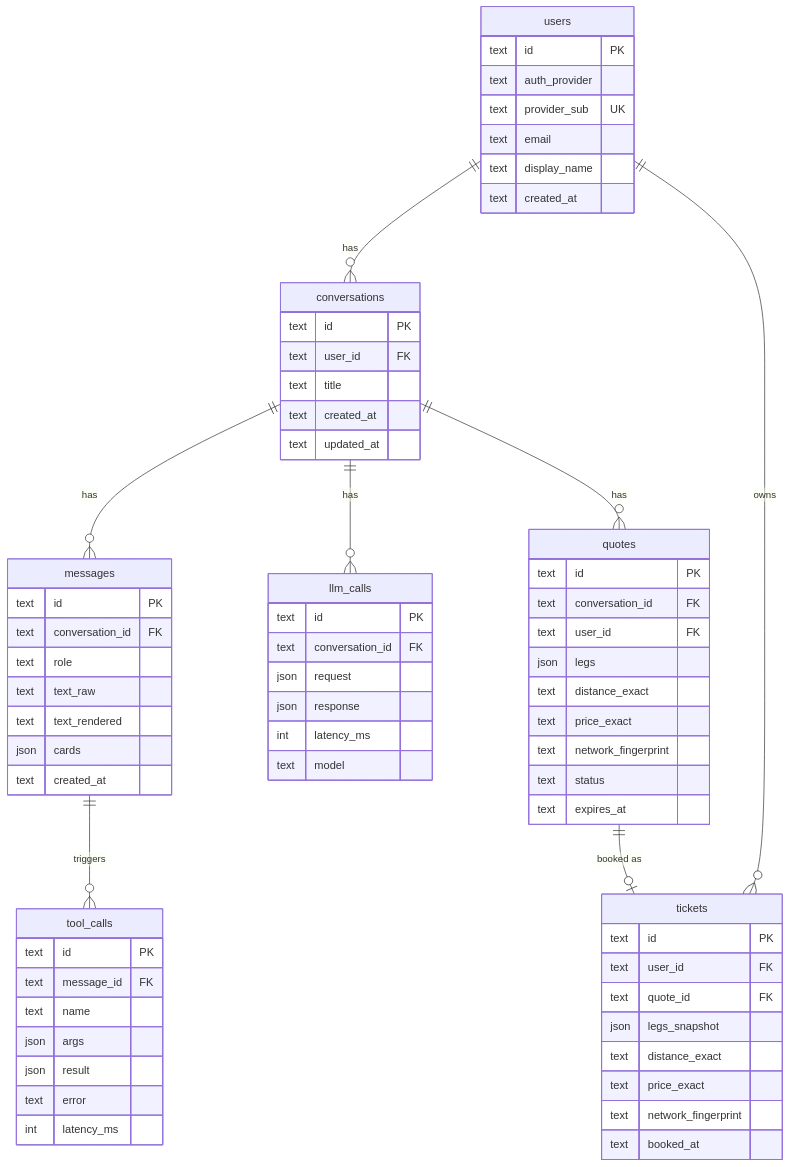
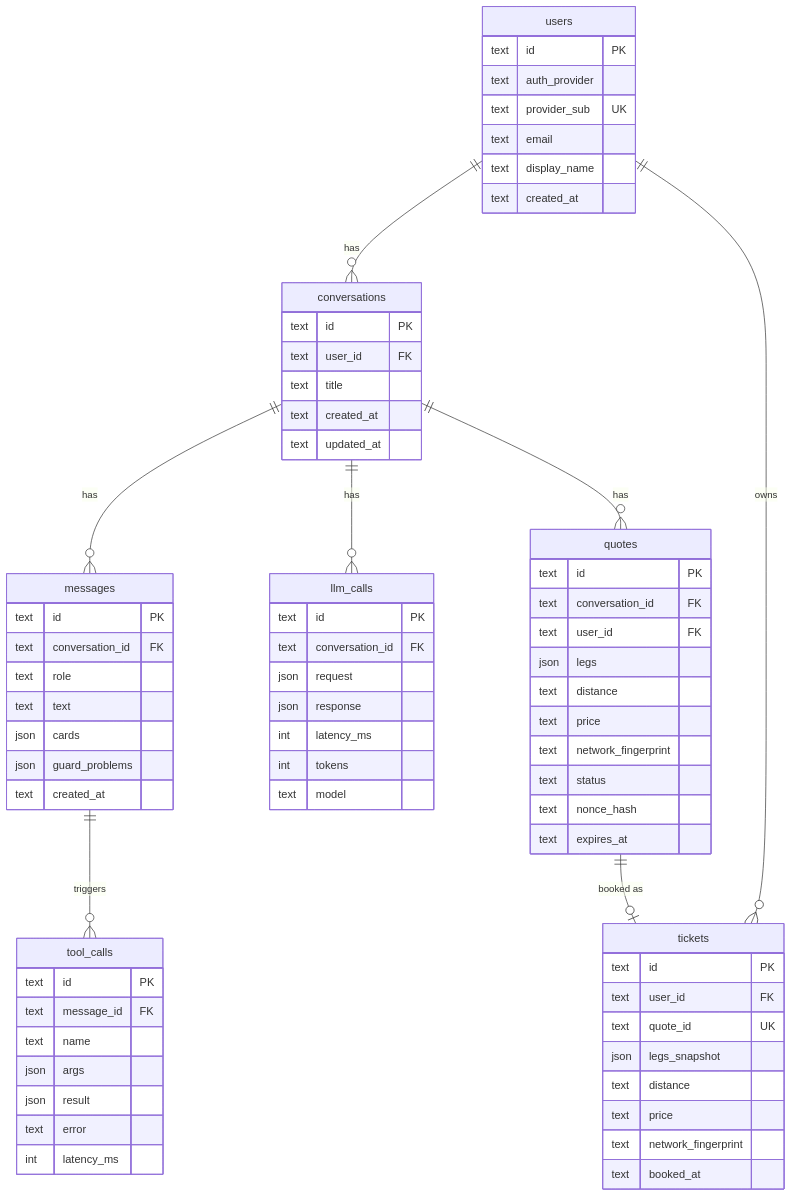
Before and after one commit to chux0519/ocean-above: the sixth of 7 diagrams in docs/design/design.md, drawn with Mermaid. The commit also changed other lines of this file and 8 other files, not shown here.

````diff
--- a/docs/design/design.md
+++ b/docs/design/design.md
@@ -353,73 +366,75 @@
 ```mermaid
 erDiagram
   users ||--o{ conversations : has
   conversations ||--o{ messages : has
   conversations ||--o{ llm_calls : has
   messages ||--o{ tool_calls : triggers
   conversations ||--o{ quotes : has
   quotes ||--o| tickets : "booked as"
   users ||--o{ tickets : owns
 
   users {
     text id PK
     text auth_provider
     text provider_sub UK
     text email
     text display_name
     text created_at
   }
   conversations {
     text id PK
     text user_id FK
     text title
     text created_at
     text updated_at
   }
   messages {
     text id PK
     text conversation_id FK
     text role
-    text text_raw
-    text text_rendered
+    text text
     json cards
+    json guard_problems
     text created_at
   }
   llm_calls {
     text id PK
     text conversation_id FK
     json request
     json response
     int latency_ms
+    int tokens
     text model
   }
   tool_calls {
     text id PK
     text message_id FK
     text name
     json args
     json result
     text error
     int latency_ms
   }
   quotes {
     text id PK
     text conversation_id FK
     text user_id FK
     json legs
-    text distance_exact
-    text price_exact
+    text distance
+    text price
     text network_fingerprint
     text status
+    text nonce_hash
     text expires_at
   }
   tickets {
     text id PK
     text user_id FK
-    text quote_id FK
+    text quote_id UK
     json legs_snapshot
-    text distance_exact
-    text price_exact
+    text distance
+    text price
     text network_fingerprint
     text booked_at
   }
 ```
````
